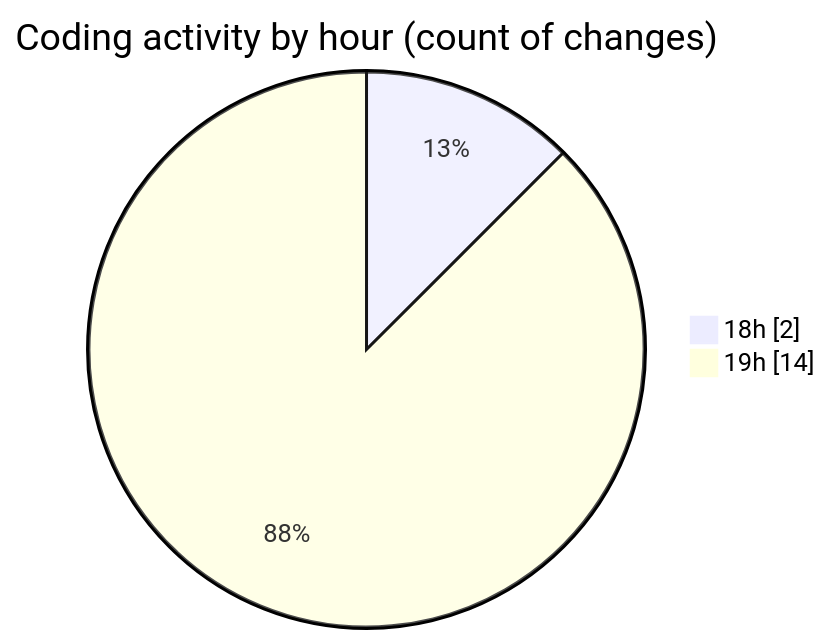
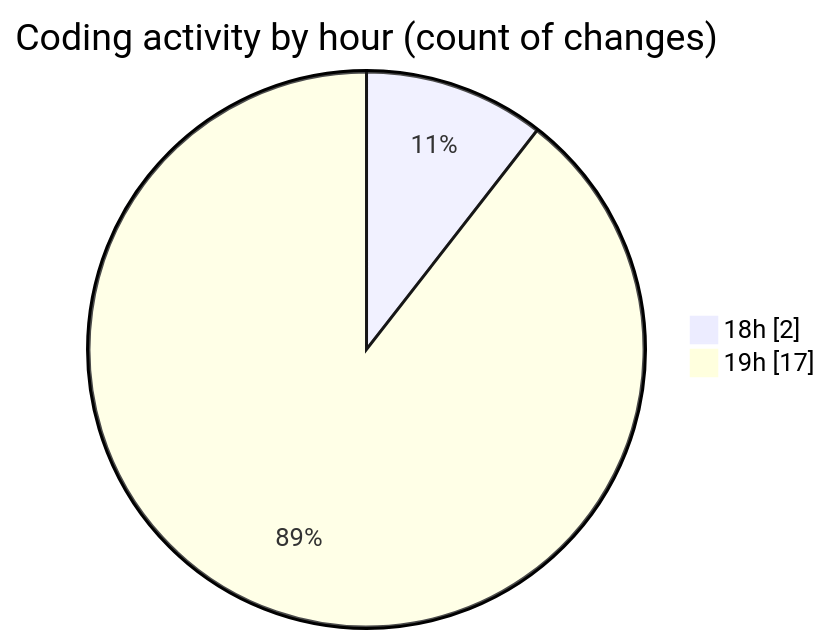
One commit to CELIANVF/code-tracking changed the second of 2 diagrams in 2025-05-22/ecodeli-1/README.md. Above: the diagram before and after it, drawn with Mermaid. The commit also changed other lines of this file and 1 other file, not shown here.

````diff
--- a/2025-05-22/ecodeli-1/README.md
+++ b/2025-05-22/ecodeli-1/README.md
@@ -35,6 +36,6 @@
 ```mermaid
 pie showData
 title Coding activity by hour (count of changes)
 "18h" : 2
-"19h" : 14
+"19h" : 17
 ```
````
